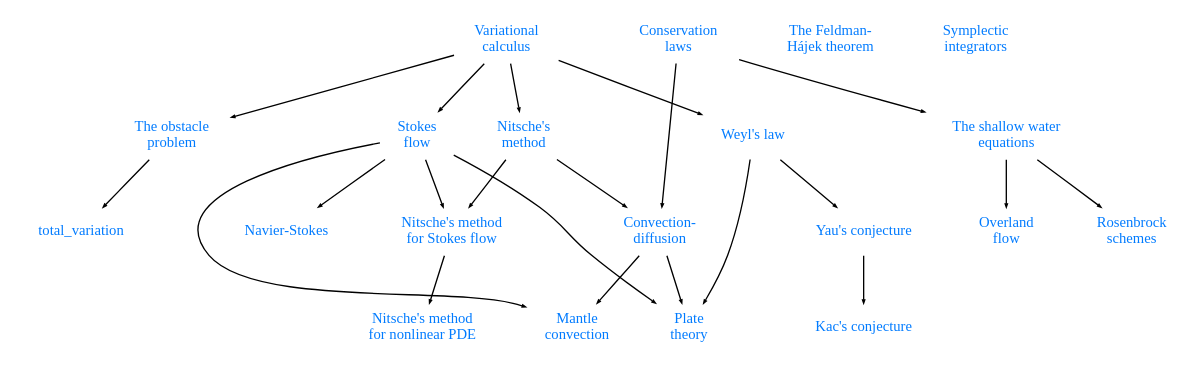
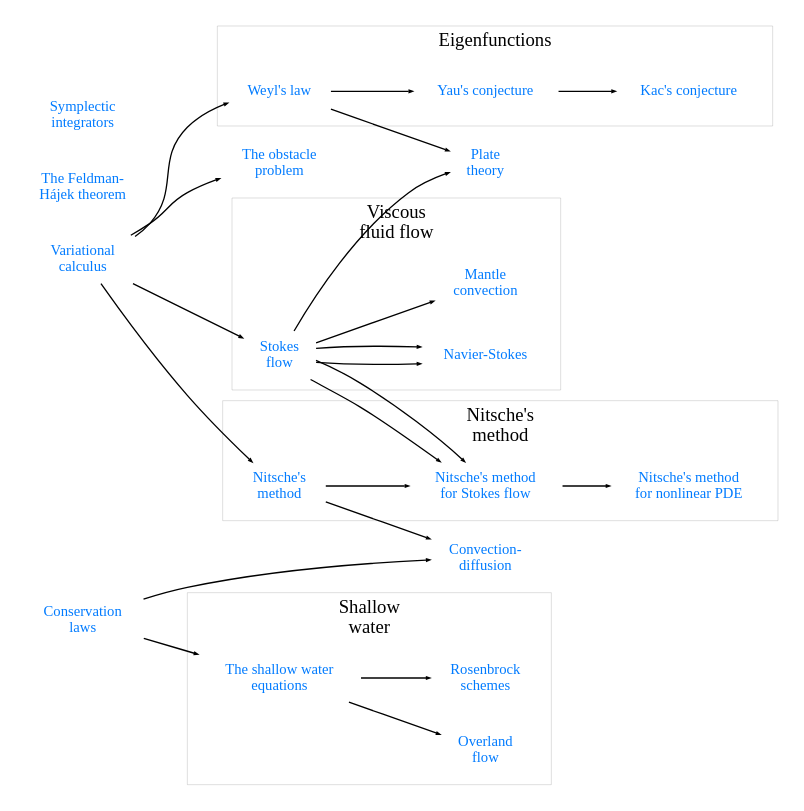
One commit to danshapero/danshapero.github.io changed the diagram in pages/index.rst. Above: the diagram before and after it, drawn with Graphviz.

Commit message:
Make index left->right

```diff
--- a/pages/index.rst
+++ b/pages/index.rst
@@ -17,6 +17,7 @@
 .. graphviz::
 
     digraph posts {
+        rankdir="LR";
         node [shape="plaintext", fontcolor="#007bff", fontsize="11"];
         edge [arrowsize=0.25];
 
@@ -47,6 +48,38 @@
 
         {rank=same; calc, conservation_laws};
 
+        subgraph cluster_nitsche {
+            label="Nitsche's\nmethod";
+            penwidth=0.1;
+            nitsche -> nitsche_stokes;
+            nitsche_stokes -> nitsche_nonlinear;
+        }
+
+        subgraph cluster_eigen {
+            label="Eigenfunctions";
+            penwidth=0.1;
+            weyl -> yau;
+            yau -> kac;
+        }
+
+        subgraph cluster_viscous {
+            label="Viscous\nfluid flow";
+            penwidth=0.1;
+            stokes -> karman;
+            stokes -> mantle_convection;
+        }
+
+        subgraph cluster_shallow_water {
+            label="Shallow\nwater";
+            penwidth=0.1;
+            shallow_water -> rosenbrock;
+            shallow_water -> overland_flow;
+        }
+
+        conservation_laws -> convection_diffusion;
+        conservation_laws -> shallow_water;
+        stokes -> nitsche_stokes;
+
         calc -> weyl;
         calc -> stokes;
         calc -> nitsche;
@@ -58,20 +91,9 @@
         // nitsche -> admm;
         // total_variation -> admm;
         // inverse_problems -> langevin;
-        obstacle -> total_variation;
-        weyl -> yau;
-        yau -> kac;
-        nitsche -> nitsche_stokes;
-        nitsche_stokes -> nitsche_nonlinear;
-        conservation_laws -> convection_diffusion;
-        conservation_laws -> shallow_water;
-        shallow_water -> rosenbrock;
-        shallow_water -> overland_flow;
+        // obstacle -> total_variation;
         nitsche -> convection_diffusion;
-        convection_diffusion -> mantle_convection;
-        stokes -> mantle_convection;
         weyl -> plate_theory;
         stokes -> plate_theory;
-        convection_diffusion -> plate_theory;
         // symplectic -> billiards;
     }
```
